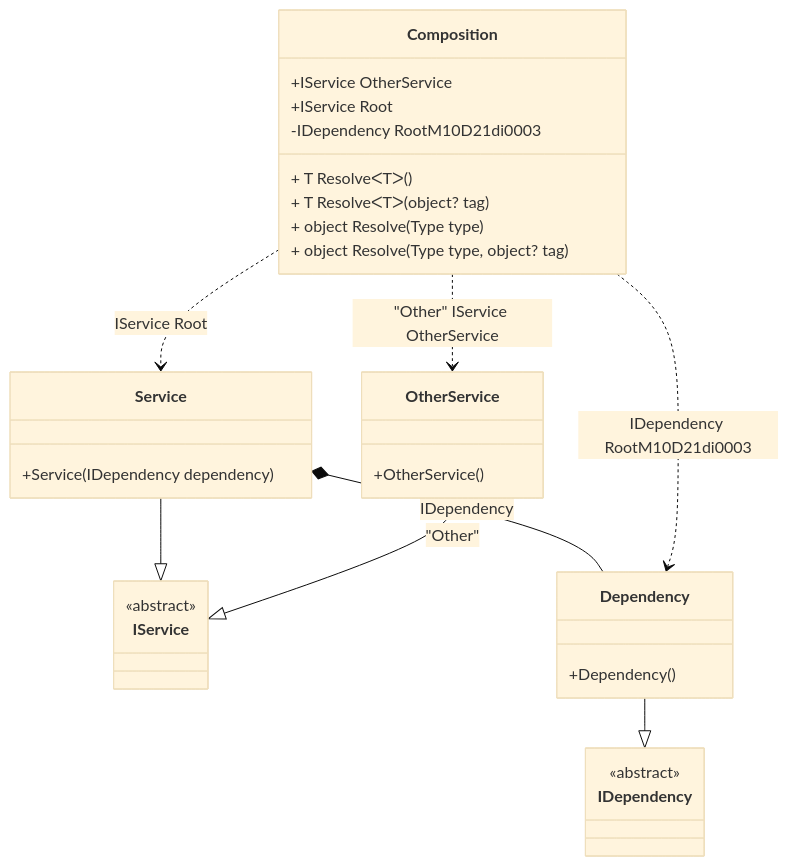
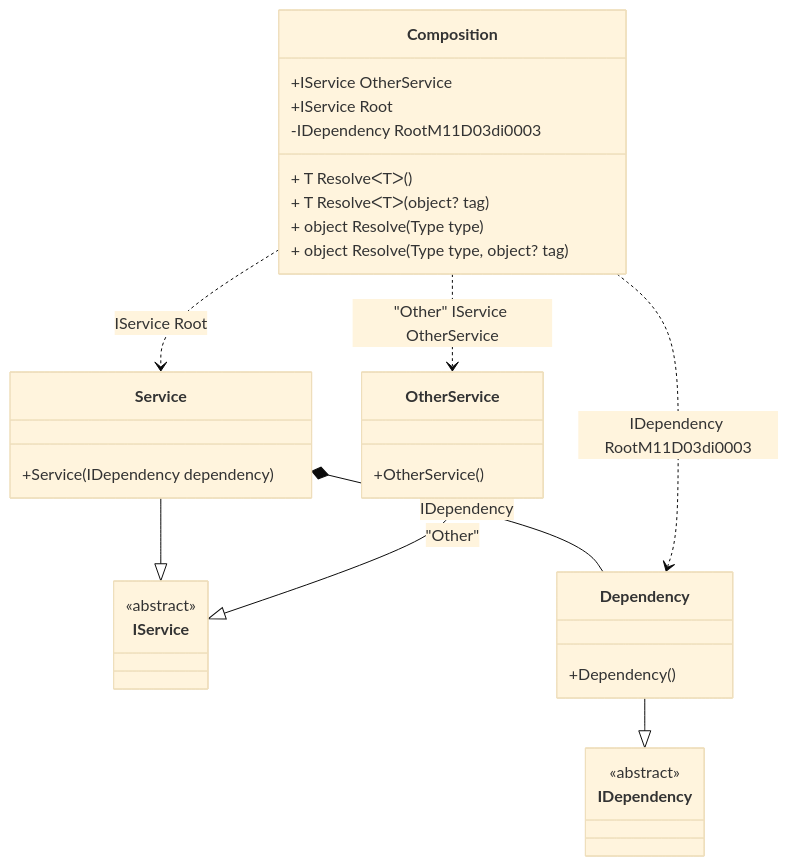
One commit to DevTeam/Pure.DI changed the diagram in readme/composition-roots.md. Above: the diagram before and after it, drawn with Mermaid (base theme). The commit also changed other lines of this file and 70 other files, not shown here.

````diff
--- a/readme/composition-roots.md
+++ b/readme/composition-roots.md
@@ -45,34 +45,34 @@
 ```mermaid
 classDiagram
   class Composition {
     +IService OtherService
     +IService Root
-    -IDependency RootM10D21di0003
+    -IDependency RootM11D03di0003
     + T ResolveᐸTᐳ()
     + T ResolveᐸTᐳ(object? tag)
     + object Resolve(Type type)
     + object Resolve(Type type, object? tag)
   }
   Service --|> IService : 
   class Service {
     +Service(IDependency dependency)
   }
   OtherService --|> IService : "Other" 
   class OtherService {
     +OtherService()
   }
   Dependency --|> IDependency : 
   class Dependency {
     +Dependency()
   }
   class IService {
     <<abstract>>
   }
   class IDependency {
     <<abstract>>
   }
   Service *--  Dependency : IDependency
   Composition ..> Service : IService Root
   Composition ..> OtherService : "Other" IService OtherService
-  Composition ..> Dependency : IDependency RootM10D21di0003
+  Composition ..> Dependency : IDependency RootM11D03di0003
 ```
````
